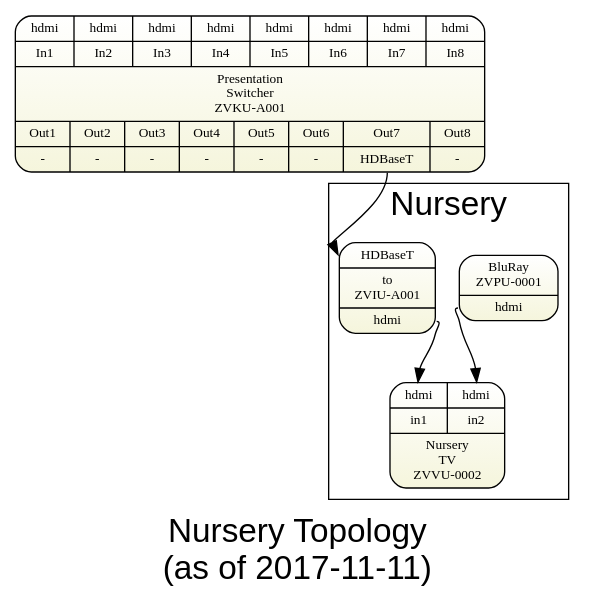
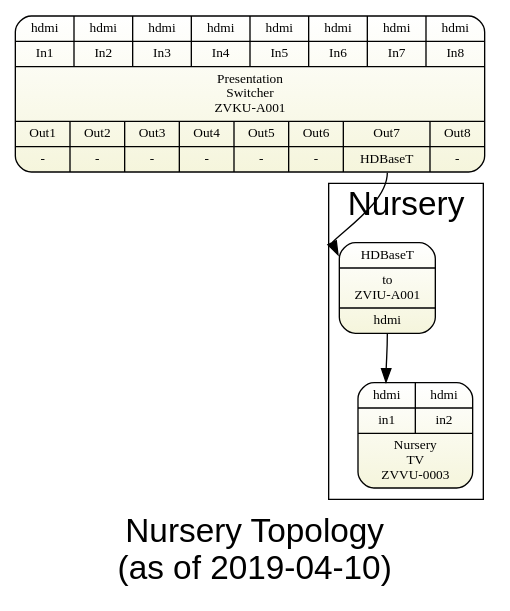
Before and after one commit to avmaint/uactechdoc: the diagram in sdv-topology4-nursery.gv, drawn with Graphviz. The commit also changed 3 other files, not shown here.

```diff
--- a/sdv-topology4-nursery.gv
+++ b/sdv-topology4-nursery.gv
@@ -1,26 +1,24 @@
 digraph nursery { 
 graph [overlap = true, fontsize = 25, rankdir=TB
-      label="Nursery Topology\n(as of 2017-11-11)",
+      label="Nursery Topology\n(as of 2019-04-10)",
       fontname = Helvetica]
  
 node [shape=Mrecord, style=filled , fillcolor="white:beige" ,fontsize = 10, 
       gradientangle=270]
   
 pswitch [label="{
   {{<i1>hdmi|In1}|{<i2>hdmi|In2}|{<i3>hdmi|In3}|{<i4>hdmi|In4}|{<i5>hdmi|In5}|{<i6>hdmi|In6}|{<i7>hdmi|In7}|{<i8>hdmi|In8}}
   |{Presentation\nSwitcher\nZVKU-A001}|
   {{<o1>Out1|-}|{Out2|-}|{Out3|-}|{Out4|-}|{Out5|-}|{Out6|-}|{Out7|<o7>HDBaseT}|{Out8|-}}  
   }"]  
   
 node [  tooltip="" ]
 
 subgraph cluster_lobby { label="Nursery" 
-  nbluray    [label="{{BluRay\nZVPU-0001}|<o>hdmi}"]
   c62hdmi1   [label="{<i>HDBaseT| to\nZVIU-A001|<o>hdmi}", tooltip="In nursery"]
-  nurserytv  [label="{ {{<i1>hdmi|in1} | {<i2>hdmi|in2}}|Nursery\nTV\nZVVU-0002}"]
+  nurserytv  [label="{ {{<i1>hdmi|in1} | {<i2>hdmi|in2}}|Nursery\nTV\nZVVU-0003}"]
 }
 
 pswitch:o7 -> c62hdmi1:i
 c62hdmi1:o -> nurserytv:i1
-nbluray:o -> nurserytv:i2
 }
```
